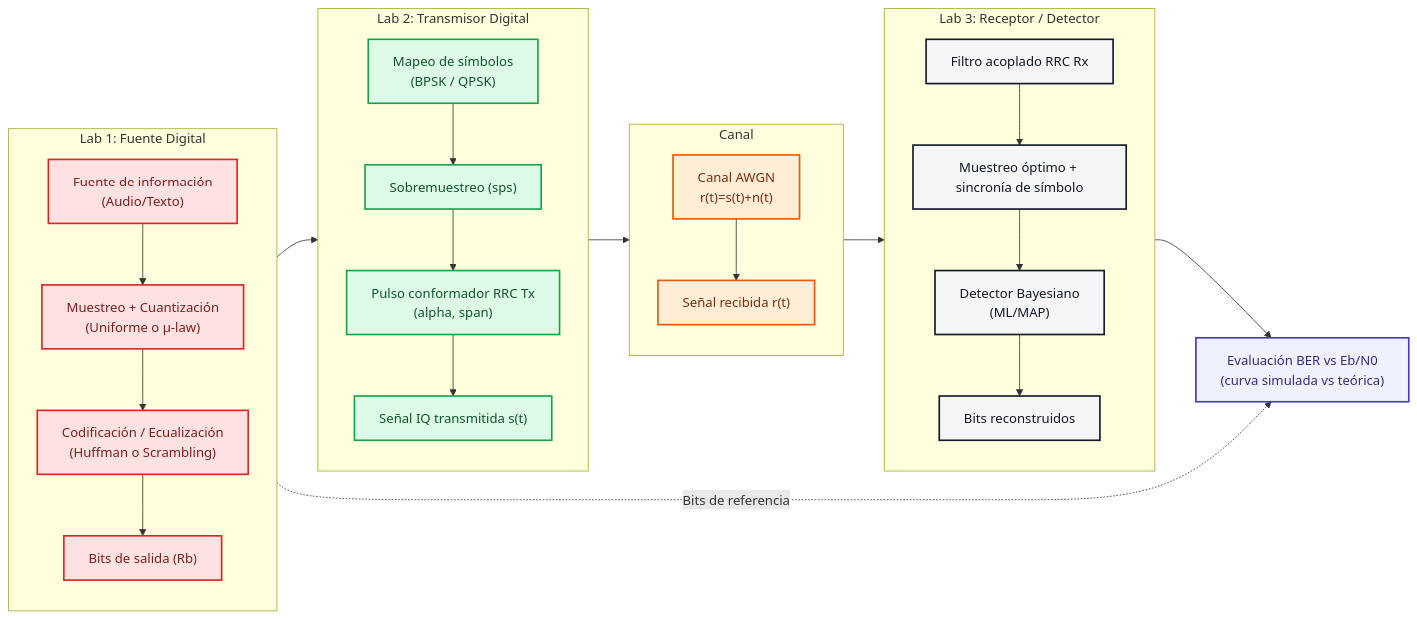
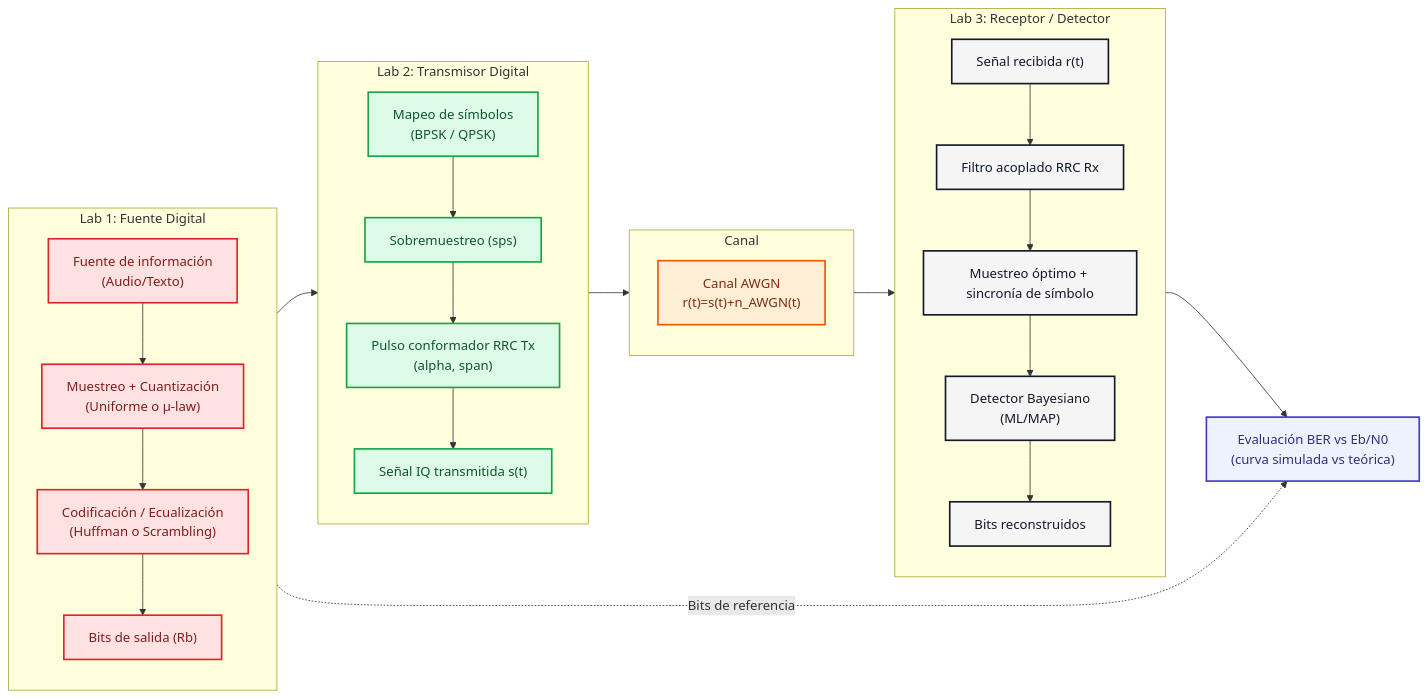
The first of 2 diagrams in README.md (ecoranti/CDA), drawn with Mermaid before and after one commit.

Commit message:
docs: ajustar diagramas Mermaid y saltos de linea en README

````diff
--- a/README.md
+++ b/README.md
@@ -112,47 +112,48 @@
 ```mermaid
 flowchart LR
     classDef l1 fill:#fee2e2,stroke:#dc2626,stroke-width:2px,color:#7f1d1d
     classDef l2 fill:#dcfce7,stroke:#16a34a,stroke-width:2px,color:#14532d
     classDef ch fill:#ffedd5,stroke:#ea580c,stroke-width:2px,color:#7c2d12
     classDef l3 fill:#f5f5f5,stroke:#111827,stroke-width:2px,color:#111827
     classDef eval fill:#eef2ff,stroke:#4338ca,stroke-width:2px,color:#312e81
 
     subgraph L1["Lab 1: Fuente Digital"]
         direction TB
-        S1["Fuente de información\n(Audio/Texto)"] --> S2["Muestreo + Cuantización\n(Uniforme o µ-law)"]
-        S2 --> S3["Codificación / Ecualización\n(Huffman o Scrambling)"]
+        S1["Fuente de información<br/>(Audio/Texto)"] --> S2["Muestreo + Cuantización<br/>(Uniforme o µ-law)"]
+        S2 --> S3["Codificación / Ecualización<br/>(Huffman o Scrambling)"]
         S3 --> S4["Bits de salida (Rb)"]
     end
 
     subgraph L2["Lab 2: Transmisor Digital"]
         direction TB
-        T1["Mapeo de símbolos\n(BPSK / QPSK)"] --> T2["Sobremuestreo (sps)"]
-        T2 --> T3["Pulso conformador RRC Tx\n(alpha, span)"]
+        T1["Mapeo de símbolos<br/>(BPSK / QPSK)"] --> T2["Sobremuestreo (sps)"]
+        T2 --> T3["Pulso conformador RRC Tx<br/>(alpha, span)"]
         T3 --> T4["Señal IQ transmitida s(t)"]
     end
 
     subgraph CH["Canal"]
         direction TB
-        C1["Canal AWGN\nr(t)=s(t)+n(t)"] --> C2["Señal recibida r(t)"]
+        C1["Canal AWGN<br/>r(t)=s(t)+n_AWGN(t)"]
     end
 
     subgraph L3["Lab 3: Receptor / Detector"]
         direction TB
-        R1["Filtro acoplado RRC Rx"] --> R2["Muestreo óptimo + sincronía de símbolo"]
-        R2 --> R3["Detector Bayesiano\n(ML/MAP)"]
+        C2["Señal recibida r(t)"] --> R1["Filtro acoplado RRC Rx"]
+        R1 --> R2["Muestreo óptimo + sincronía de símbolo"]
+        R2 --> R3["Detector Bayesiano<br/>(ML/MAP)"]
         R3 --> R4["Bits reconstruidos"]
     end
 
-    E1["Evaluación BER vs Eb/N0\n(curva simulada vs teórica)"]:::eval
+    E1["Evaluación BER vs Eb/N0<br/>(curva simulada vs teórica)"]:::eval
 
     S4 --> T1
     T4 --> C1
-    C2 --> R1
+    C1 --> C2
     R4 --> E1
     S4 -. "Bits de referencia" .-> E1
 
     class S1,S2,S3,S4 l1
     class T1,T2,T3,T4 l2
-    class C1,C2 ch
-    class R1,R2,R3,R4 l3
+    class C1 ch
+    class C2,R1,R2,R3,R4 l3
 ```
````
